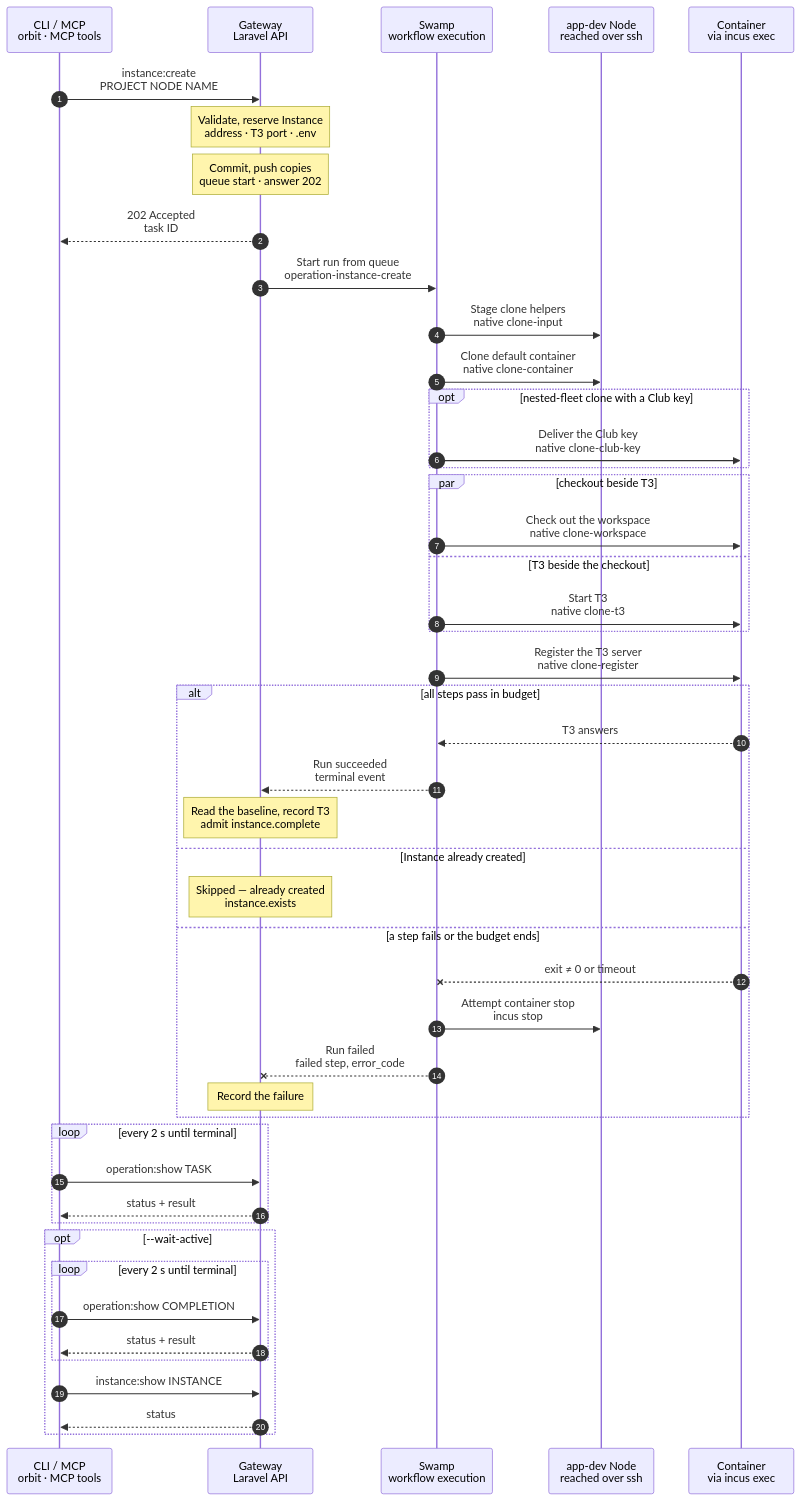
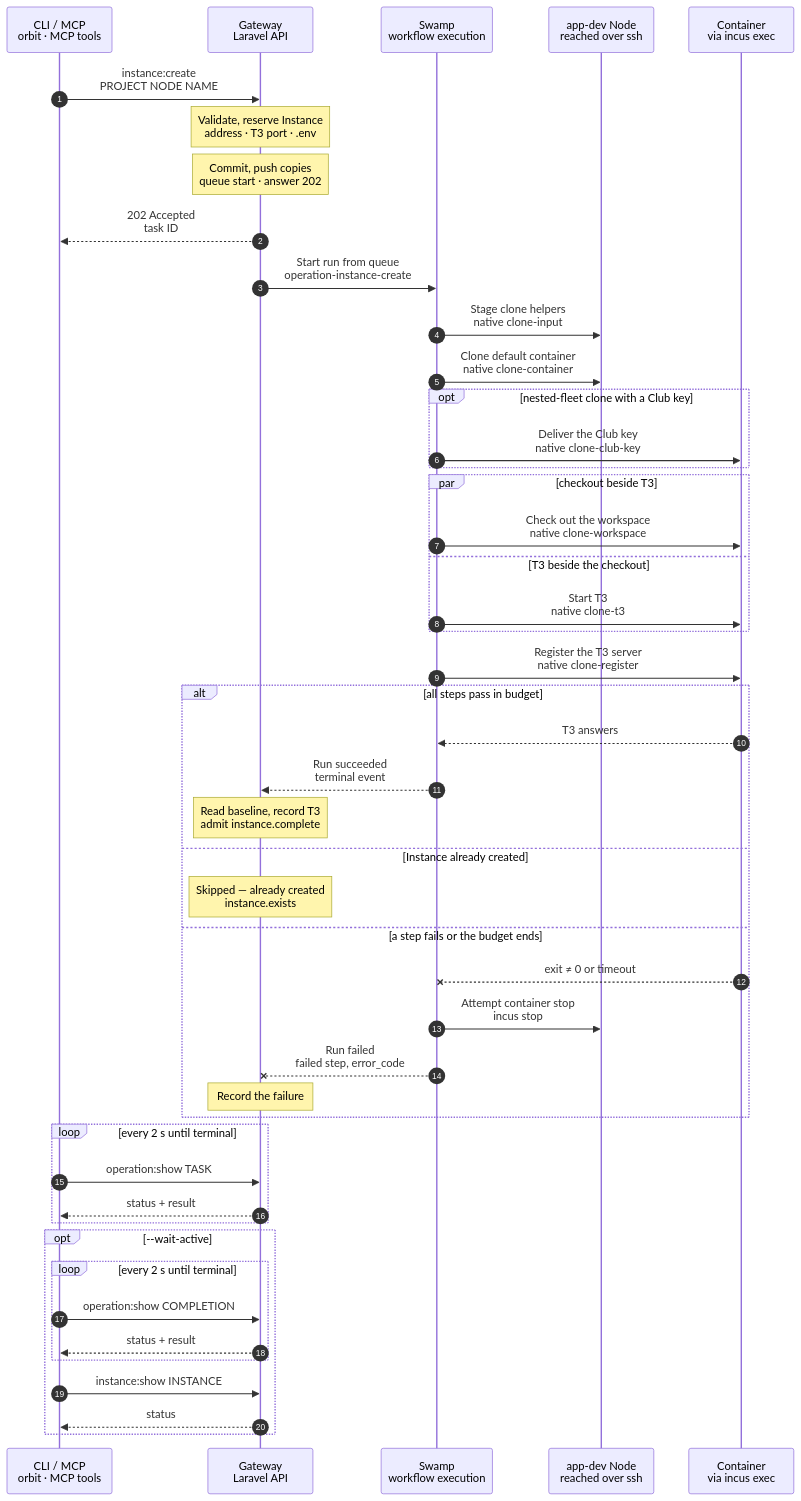
One commit to hardimpactdev/orbit changed the diagram in docs/cli/instance/container/create.mmd. Above: the diagram before and after it, drawn with Mermaid. The commit also changed 5 other files, not shown here.

First line of the commit message:
docs(instance): show the container clone chart on the instance:create page

```diff
--- a/docs/cli/instance/container/create.mmd
+++ b/docs/cli/instance/container/create.mmd
@@ -106,7 +106,7 @@
   alt all steps pass in budget
     C-->>SW: T3 answers
     SW-->>GW: Run succeeded<br/>terminal event
-    Note over GW: Read the baseline, record T3<br/>admit instance.complete
+    Note over GW: Read baseline, record T3<br/>admit instance.complete
     %%> Before the transaction:
     %%> - reads the workspace baseline over SSH (`ContainerWorkspaceRead::baseline`, at most 4 s) and the T3 session from the vault; no lock waits on the network
     %%> In one transaction:
```
